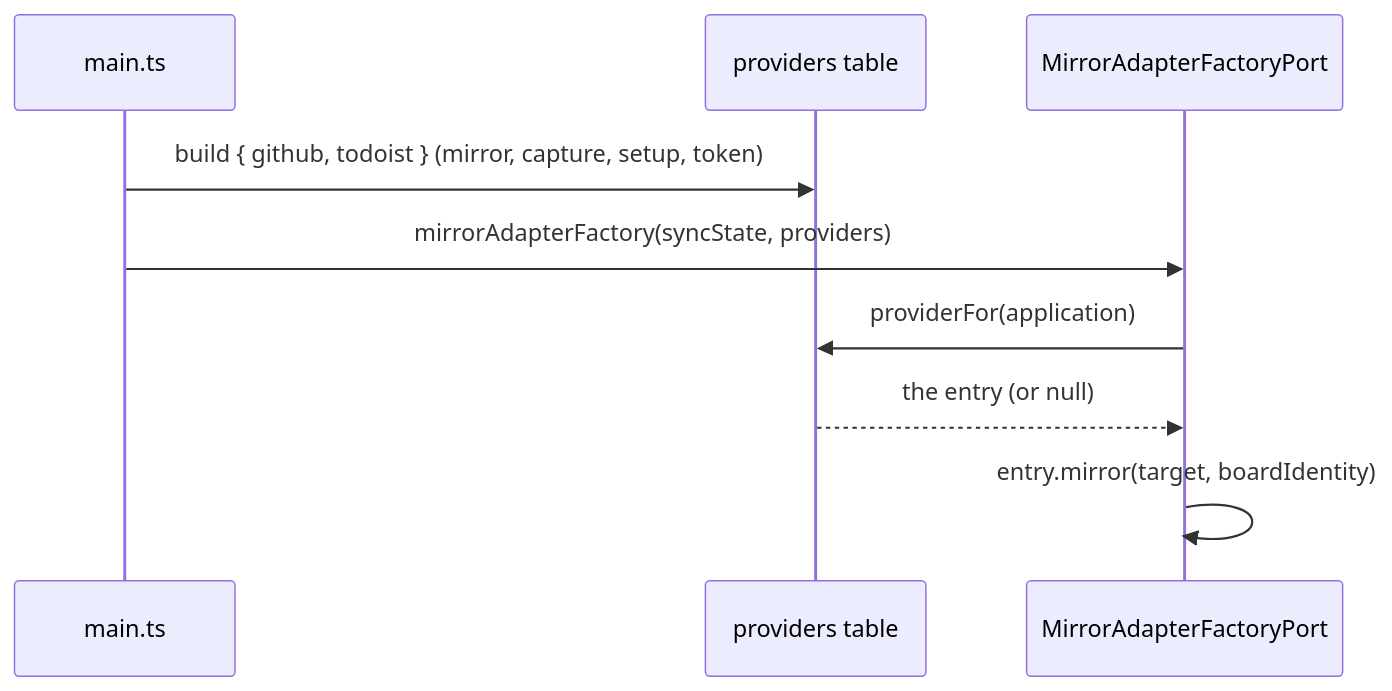
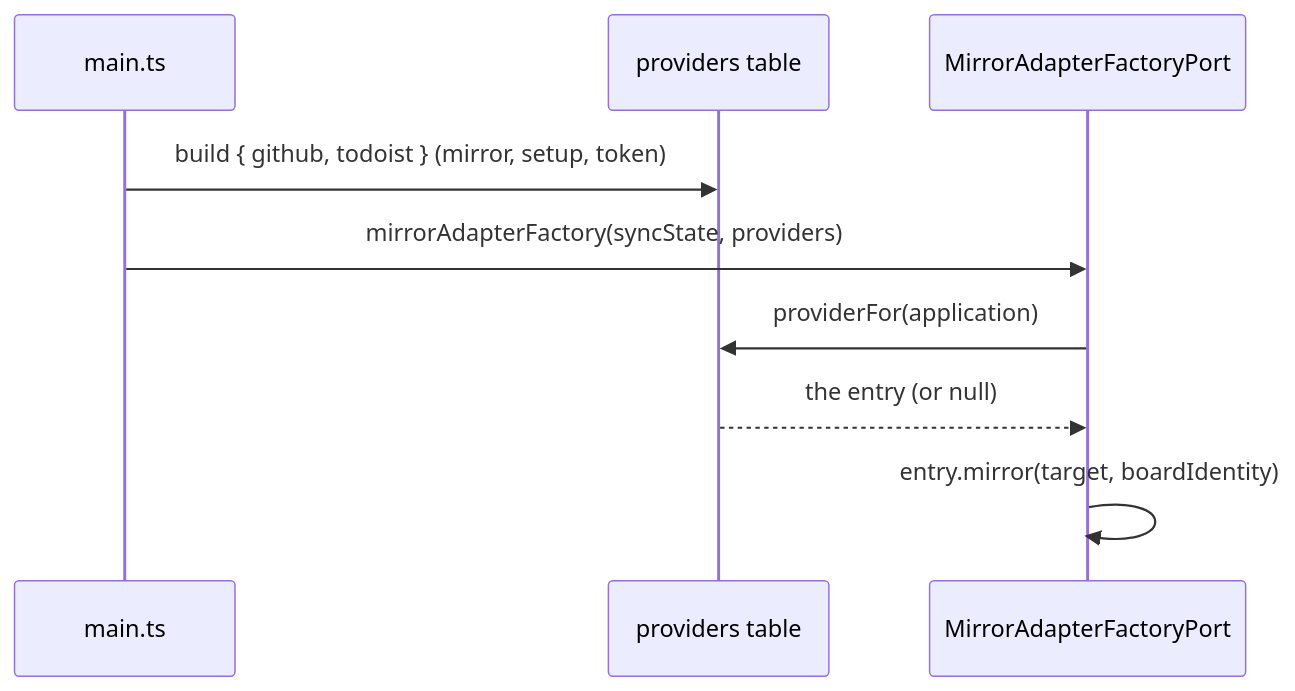
Diagram 12 of 16 in docs/developer-manual.md (99linesofcode/obsidian-project-management), drawn with Mermaid before and after one commit. The commit also changed other lines of this file and 1 other file, not shown here.

First line of the commit message:
docs(origination): the resolve-or-create flow and the retired setup surface

````diff
--- a/docs/developer-manual.md
+++ b/docs/developer-manual.md
@@ -588,12 +564,12 @@
 ```mermaid
 sequenceDiagram
   participant M as main.ts
   participant T as providers table
   participant F as MirrorAdapterFactoryPort
 
-  M->>T: build { github, todoist } (mirror, capture, setup, token)
+  M->>T: build { github, todoist } (mirror, setup, token)
   M->>F: mirrorAdapterFactory(syncState, providers)
   F->>T: providerFor(application)
   T-->>F: the entry (or null)
   F->>F: entry.mirror(target, boardIdentity)
 ```
````
